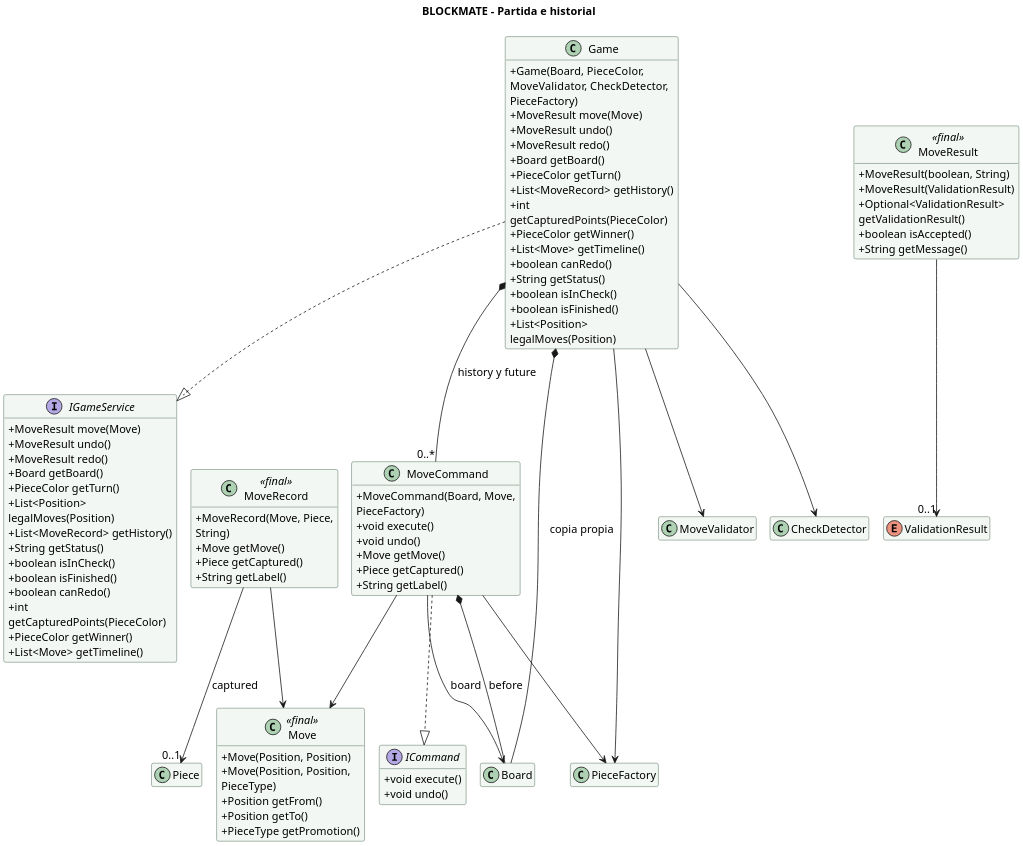
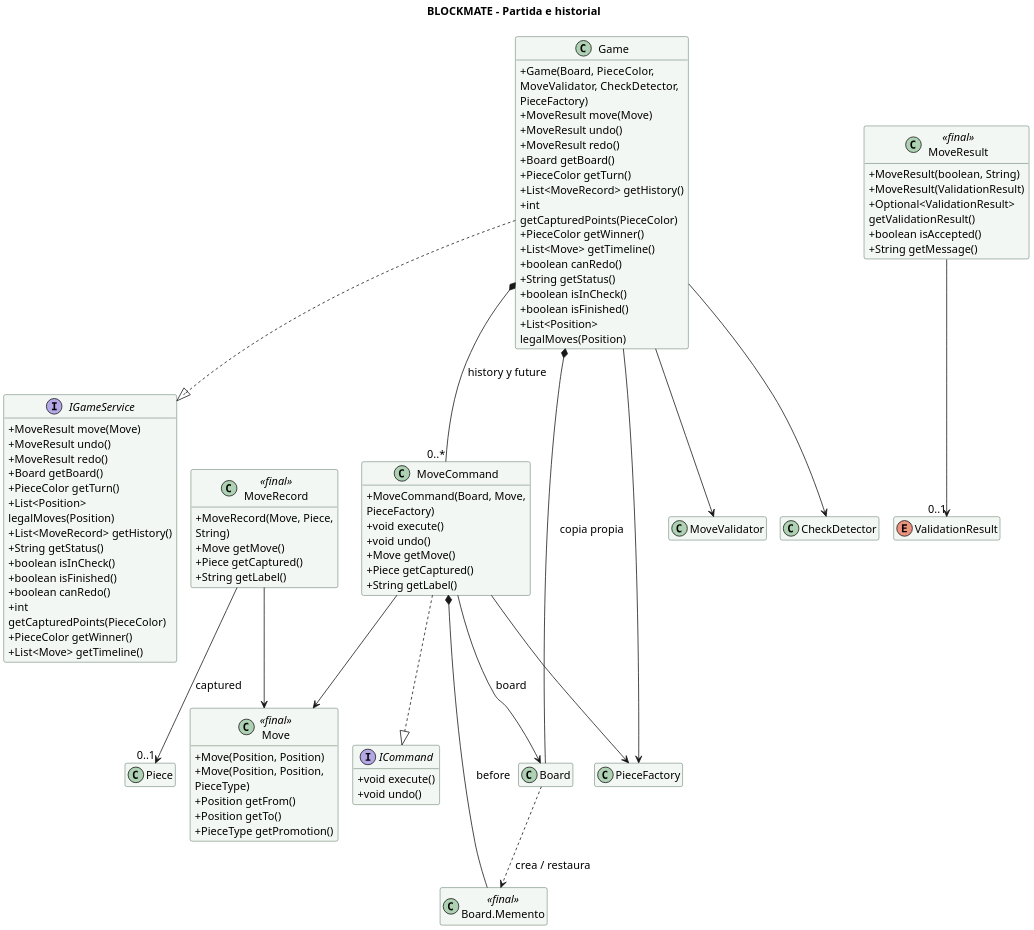
Before and after one commit to juligali/Ajedrez-TPO: the third of 6 diagrams in docs/UML-Ajedrez-TPO.puml, drawn with PlantUML. The commit also changed other lines of this file and 28 other files, not shown here.

```diff
--- a/docs/UML-Ajedrez-TPO.puml
+++ b/docs/UML-Ajedrez-TPO.puml
@@ -137,98 +147,100 @@
 @startuml UML-Ajedrez-TPO-3
 !pragma layout smetana
 scale 2
 skinparam classAttributeIconSize 0
 skinparam shadowing false
 skinparam defaultFontName Arial
 skinparam defaultFontSize 14
 skinparam wrapWidth 220
 skinparam classBackgroundColor #F3F7F3
 skinparam classBorderColor #284C35
 hide empty members
 title BLOCKMATE - Partida e historial
 interface IGameService {
   + MoveResult move(Move)
   + MoveResult undo()
   + MoveResult redo()
   + Board getBoard()
   + PieceColor getTurn()
   + List<Position> legalMoves(Position)
   + List<MoveRecord> getHistory()
   + String getStatus()
   + boolean isInCheck()
   + boolean isFinished()
   + boolean canRedo()
   + int getCapturedPoints(PieceColor)
   + PieceColor getWinner()
   + List<Move> getTimeline()
 }
 class Game {
   + Game(Board, PieceColor, MoveValidator, CheckDetector, PieceFactory)
   + MoveResult move(Move)
   + MoveResult undo()
   + MoveResult redo()
   + Board getBoard()
   + PieceColor getTurn()
   + List<MoveRecord> getHistory()
   + int getCapturedPoints(PieceColor)
   + PieceColor getWinner()
   + List<Move> getTimeline()
   + boolean canRedo()
   + String getStatus()
   + boolean isInCheck()
   + boolean isFinished()
   + List<Position> legalMoves(Position)
 }
 class Move <<final>> {
   + Move(Position, Position)
   + Move(Position, Position, PieceType)
   + Position getFrom()
   + Position getTo()
   + PieceType getPromotion()
 }
 class MoveResult <<final>> {
   + MoveResult(boolean, String)
   + MoveResult(ValidationResult)
   + Optional<ValidationResult> getValidationResult()
   + boolean isAccepted()
   + String getMessage()
 }
 class MoveRecord <<final>> {
   + MoveRecord(Move, Piece, String)
   + Move getMove()
   + Piece getCaptured()
   + String getLabel()
 }
 interface ICommand {
   + void execute()
   + void undo()
 }
 class MoveCommand {
   + MoveCommand(Board, Move, PieceFactory)
   + void execute()
   + void undo()
   + Move getMove()
   + Piece getCaptured()
   + String getLabel()
 }
 Game ..|> IGameService
 Game *-- Board : copia propia
 Game --> MoveValidator
 Game --> CheckDetector
 Game --> PieceFactory
 Game *-- "0..*" MoveCommand : history y future
 MoveCommand ..|> ICommand
 MoveCommand --> Board : board
-MoveCommand *-- Board : before
+class "Board.Memento" as BoardMemento <<final>>
+MoveCommand *-- BoardMemento : before
+Board ..> BoardMemento : crea / restaura
 MoveCommand --> Move
 MoveCommand --> PieceFactory
 MoveResult --> "0..1" ValidationResult
 MoveRecord --> Move
 MoveRecord --> "0..1" Piece : captured
 class Board
 class CheckDetector
 class MoveValidator
 class Piece
 class PieceFactory
 enum ValidationResult
 @enduml
```
